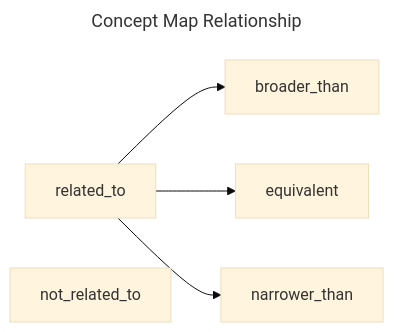
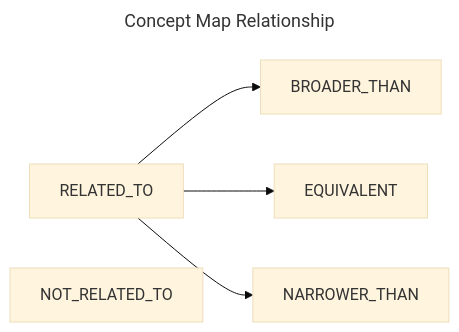
The diagram in docs/spec/code_system/concept_map_relationship.md (bcgov/nr-pies), drawn with Mermaid (base theme) before and after one commit. The commit also changed other lines of this file and 6 other files, not shown here.

````diff
--- a/docs/spec/code_system/concept_map_relationship.md
+++ b/docs/spec/code_system/concept_map_relationship.md
@@ -26,12 +26,12 @@
 ```mermaid
 ---
 title: Concept Map Relationship
 ---
 
 flowchart LR
-  related_to --> broader_than
-  related_to --> equivalent
-  related_to --> narrower_than
+  RELATED_TO --> BROADER_THAN
+  RELATED_TO --> EQUIVALENT
+  RELATED_TO --> NARROWER_THAN
 
-  not_related_to
+  NOT_RELATED_TO
 ```
````
